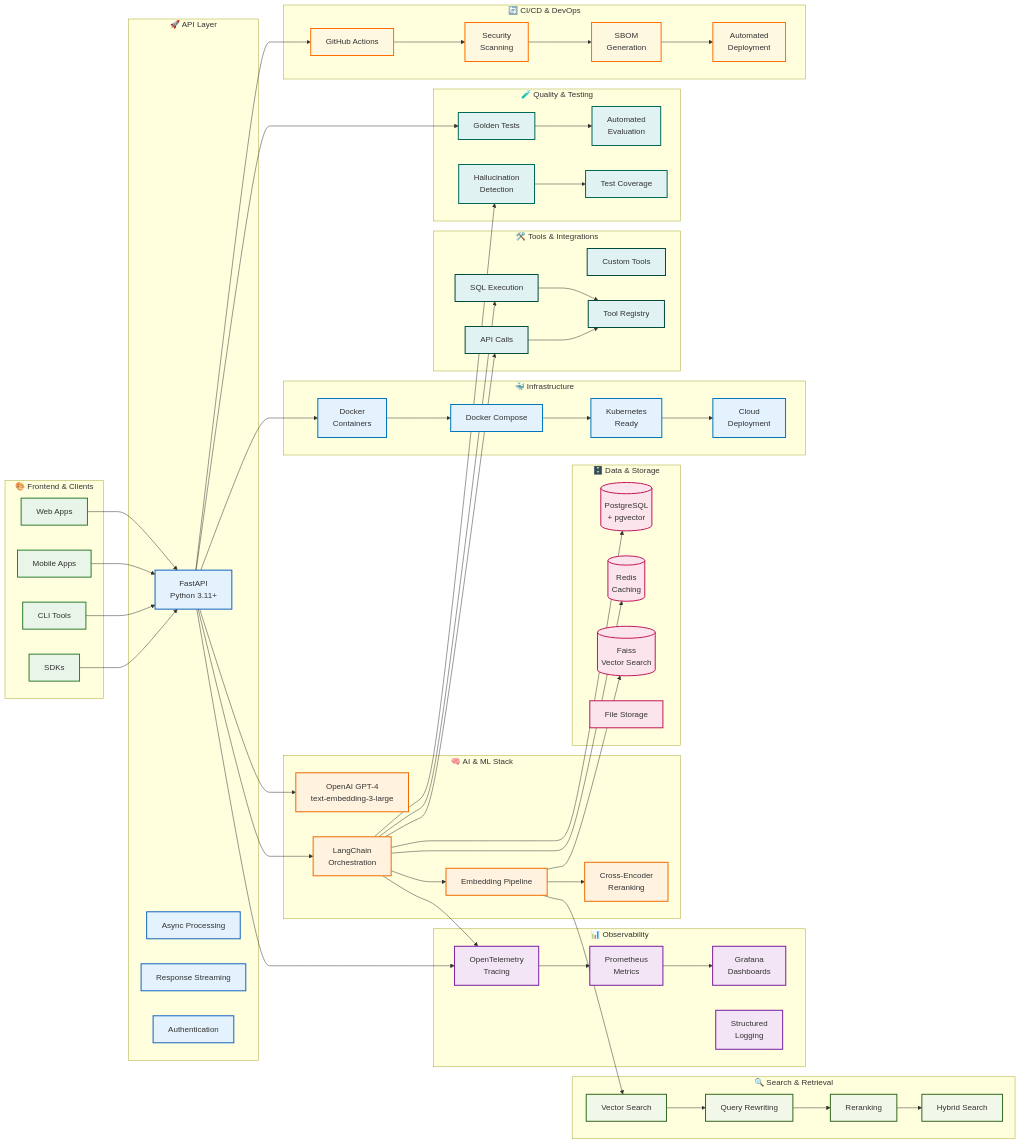
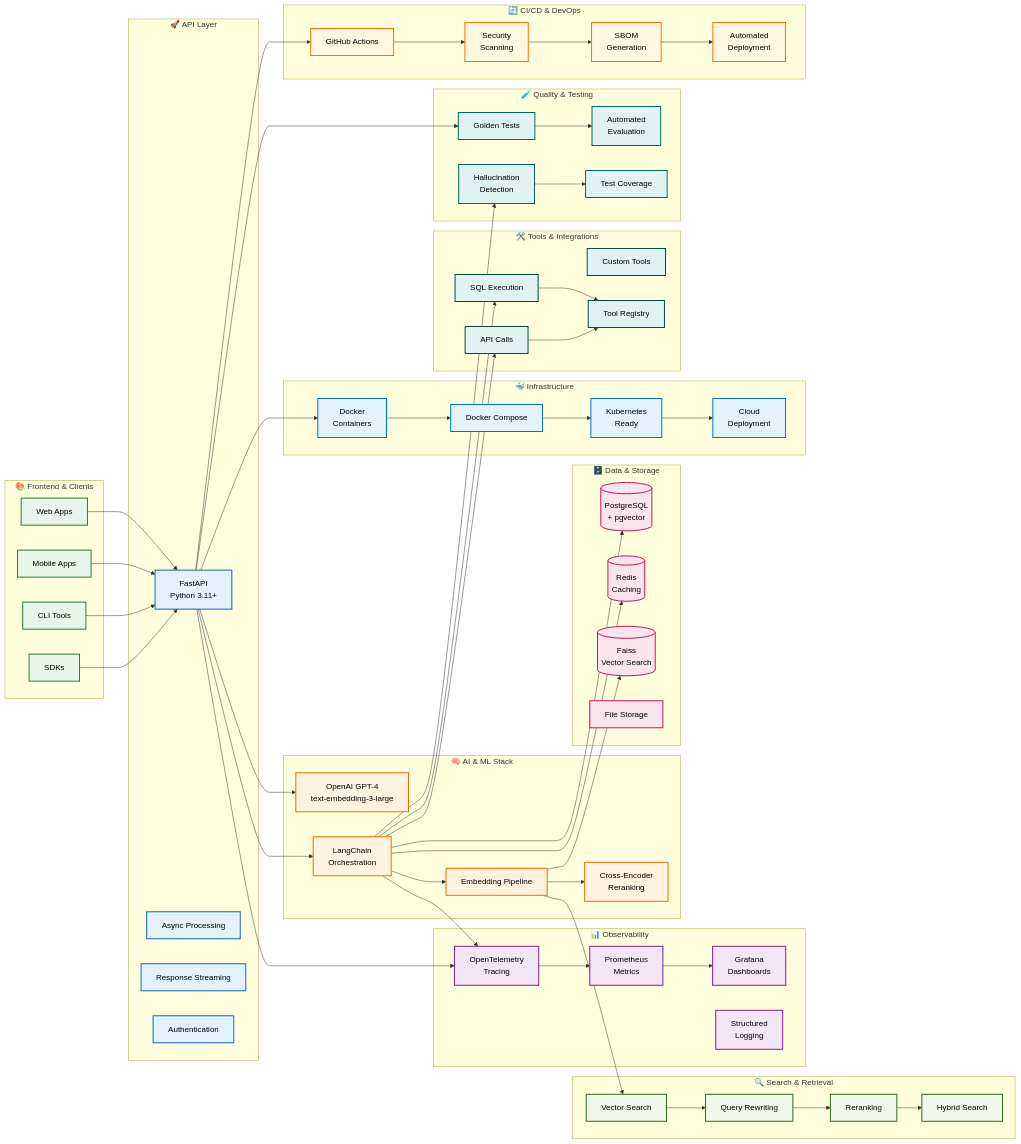
Before and after one commit to vinitwadgaonkar/enterprise-genai-platform: the third of 4 diagrams in README.md, drawn with Mermaid. The commit also changed other lines of this file, not shown here.

First line of the commit message:
🎨 Fix Mermaid diagram text readability

```diff
--- a/README.md
+++ b/README.md
@@ -454,16 +454,16 @@
     SBOM --> DEPLOY
     
     %% Styling
-    classDef frontend fill:#e8f5e8,stroke:#2e7d32,stroke-width:2px
-    classDef api fill:#e3f2fd,stroke:#1565c0,stroke-width:2px
-    classDef ai fill:#fff3e0,stroke:#ef6c00,stroke-width:2px
-    classDef storage fill:#fce4ec,stroke:#c2185b,stroke-width:2px
-    classDef search fill:#f1f8e9,stroke:#33691e,stroke-width:2px
-    classDef tools fill:#e0f2f1,stroke:#004d40,stroke-width:2px
-    classDef observability fill:#f3e5f5,stroke:#7b1fa2,stroke-width:2px
-    classDef quality fill:#e0f2f1,stroke:#00695c,stroke-width:2px
-    classDef infrastructure fill:#e3f2fd,stroke:#0277bd,stroke-width:2px
-    classDef cicd fill:#fff8e1,stroke:#ff6f00,stroke-width:2px
+    classDef frontend fill:#e8f5e8,stroke:#2e7d32,stroke-width:2px,color:#000
+    classDef api fill:#e3f2fd,stroke:#1565c0,stroke-width:2px,color:#000
+    classDef ai fill:#fff3e0,stroke:#ef6c00,stroke-width:2px,color:#000
+    classDef storage fill:#fce4ec,stroke:#c2185b,stroke-width:2px,color:#000
+    classDef search fill:#f1f8e9,stroke:#33691e,stroke-width:2px,color:#000
+    classDef tools fill:#e0f2f1,stroke:#004d40,stroke-width:2px,color:#000
+    classDef observability fill:#f3e5f5,stroke:#7b1fa2,stroke-width:2px,color:#000
+    classDef quality fill:#e0f2f1,stroke:#00695c,stroke-width:2px,color:#000
+    classDef infrastructure fill:#e3f2fd,stroke:#0277bd,stroke-width:2px,color:#000
+    classDef cicd fill:#fff8e1,stroke:#ff6f00,stroke-width:2px,color:#000
     
     class WEB,MOBILE,CLI,SDK frontend
     class FASTAPI,ASYNC,STREAMING,AUTH api
```
